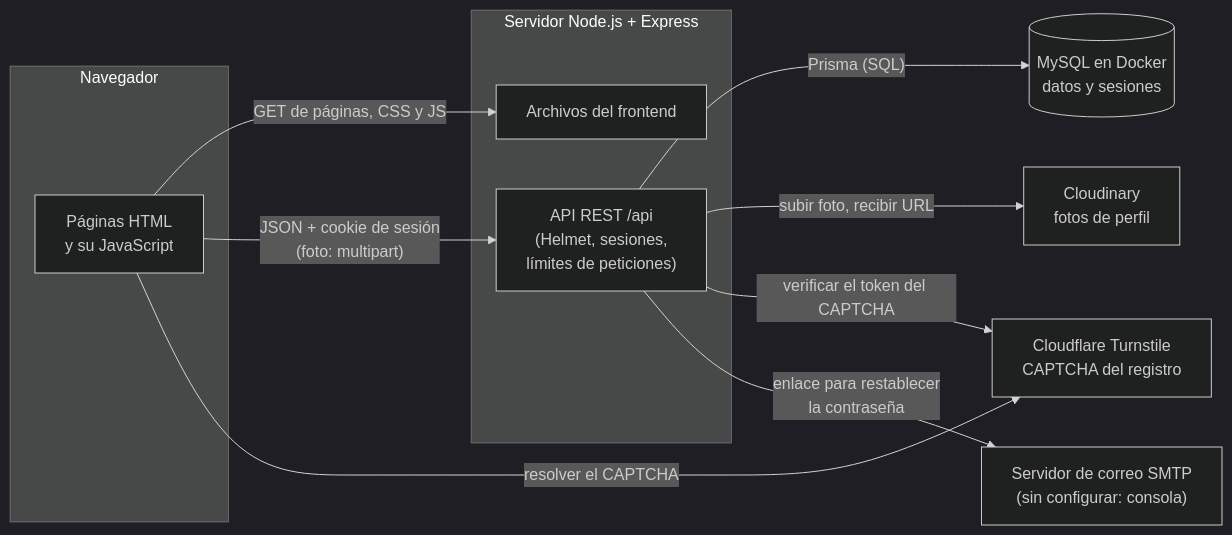
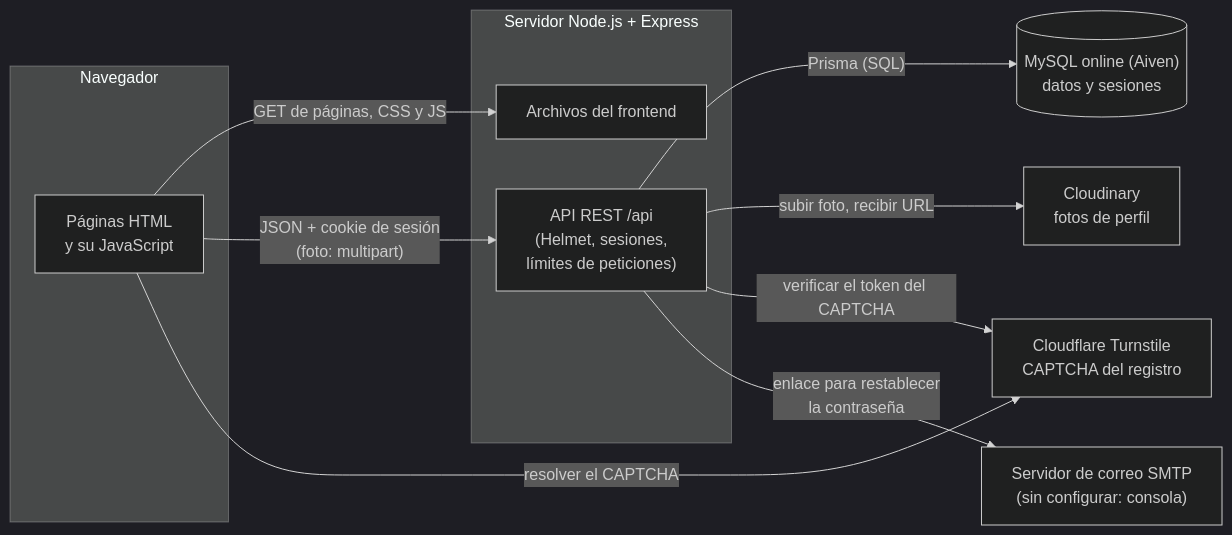
One commit to Matthew-PV/ISW-Practica changed the first of 6 diagrams in documentacion/arquitectura.md. Above: the diagram before and after it, drawn with Mermaid (dark theme). The commit also changed other lines of this file and 3 other files, not shown here.

````diff
--- a/documentacion/arquitectura.md
+++ b/documentacion/arquitectura.md
@@ -43,22 +43,22 @@
 ```mermaid
 flowchart LR
   subgraph Navegador
     paginas["Páginas HTML<br/>y su JavaScript"]
   end
   subgraph Servidor["Servidor Node.js + Express"]
     estaticos["Archivos del frontend"]
     apiRest["API REST /api<br/>(Helmet, sesiones,<br/>límites de peticiones)"]
   end
-  mysql[("MySQL en Docker<br/>datos y sesiones")]
+  mysql[("MySQL online (Aiven)<br/>datos y sesiones")]
   cloudinary["Cloudinary<br/>fotos de perfil"]
   turnstile["Cloudflare Turnstile<br/>CAPTCHA del registro"]
   smtp["Servidor de correo SMTP<br/>(sin configurar: consola)"]
 
   paginas -- "GET de páginas, CSS y JS" --> estaticos
   paginas -- "JSON + cookie de sesión<br/>(foto: multipart)" --> apiRest
   paginas -- "resolver el CAPTCHA" --> turnstile
   apiRest -- "Prisma (SQL)" --> mysql
   apiRest -- "subir foto, recibir URL" --> cloudinary
   apiRest -- "verificar el token del CAPTCHA" --> turnstile
   apiRest -- "enlace para restablecer<br/>la contraseña" --> smtp
 ```
````
